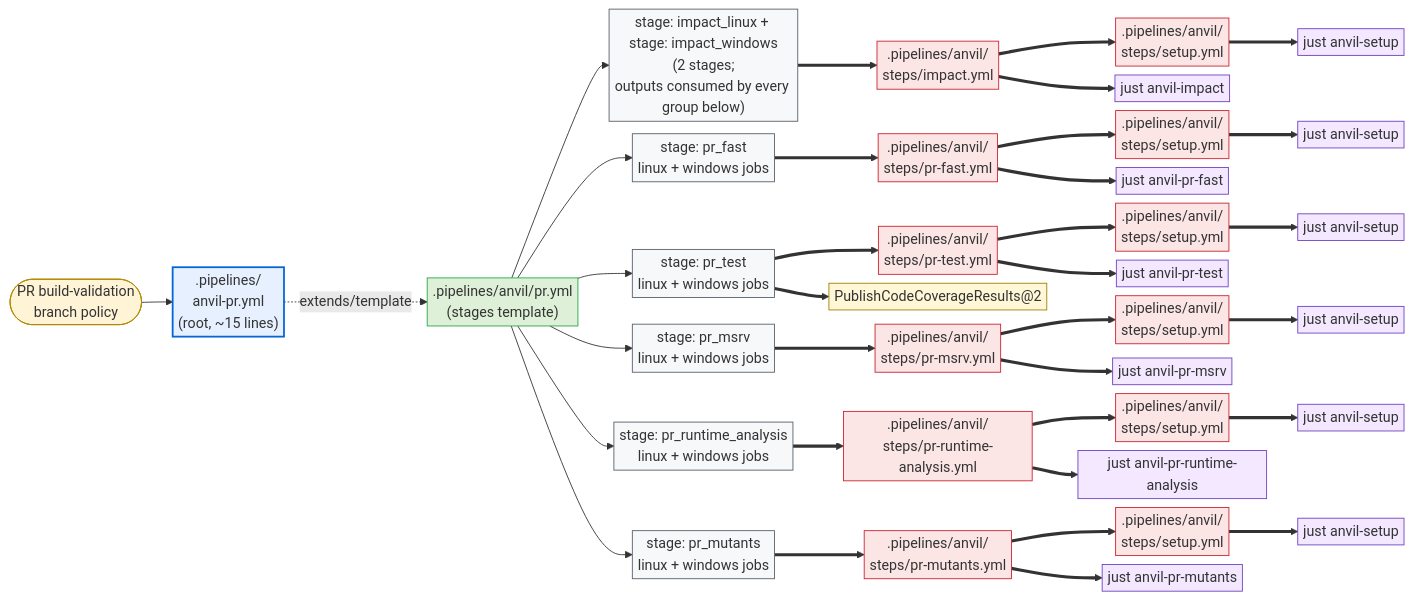
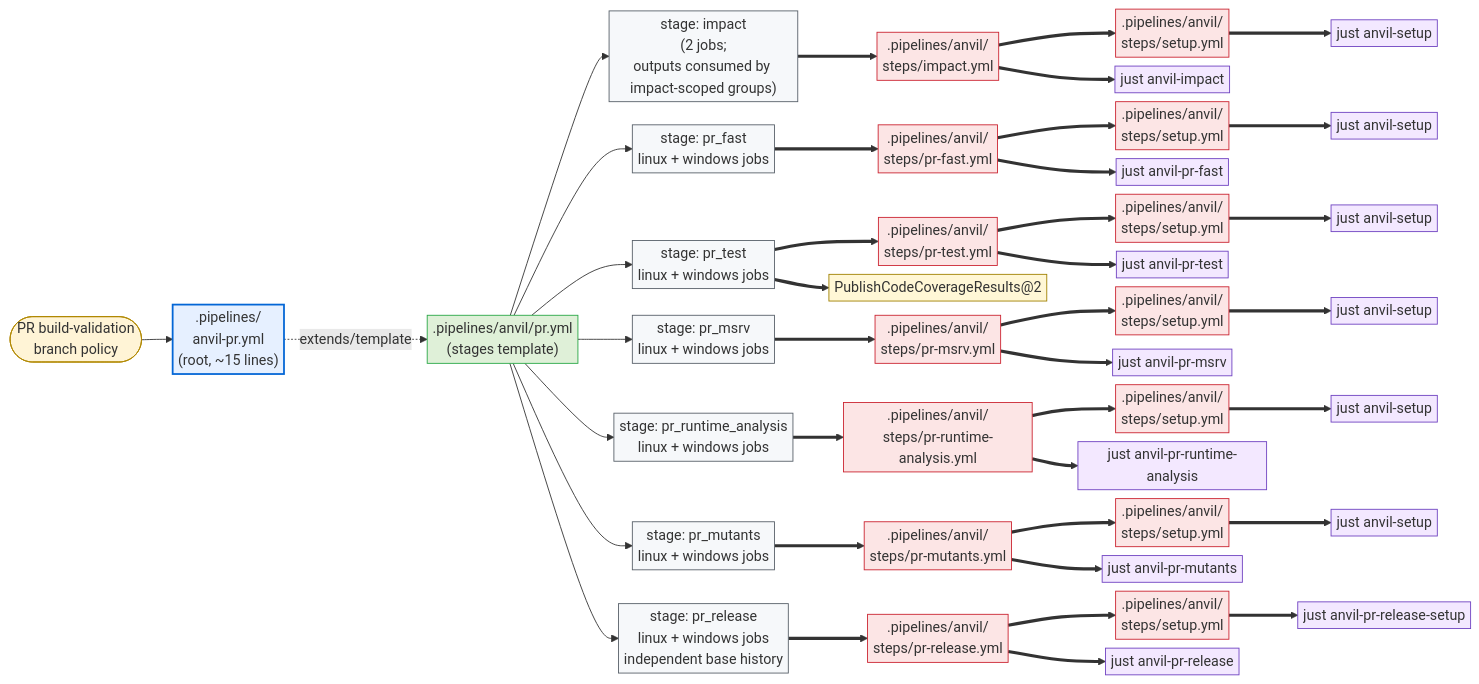
The first of 2 diagrams in crates/cargo-anvil/docs/design/ado.md (microsoft/ox-tools), drawn with Mermaid before and after one commit. The commit also changed other lines of this file and 51 other files, not shown here.

First line of the commit message:
feat: add cargo-release-guard and Anvil release checks

```diff
--- a/crates/cargo-anvil/docs/design/ado.md
+++ b/crates/cargo-anvil/docs/design/ado.md
@@ -47,12 +47,13 @@
     pr_evt([PR build-validation<br/>branch policy]):::trigger
     pr_root[".pipelines/<br/>anvil-pr.yml<br/>(root, ~15 lines)"]:::root
     pr_stages[".pipelines/anvil/pr.yml<br/>(stages template)"]:::impl
-    impact_s["stage: impact_linux + stage: impact_windows<br/>(2 stages;<br/>outputs consumed by every group below)"]:::stage
+    impact_s["stage: impact<br/>(2 jobs;<br/>outputs consumed by impact-scoped groups)"]:::stage
     pr_fast_s["stage: pr_fast<br/>linux + windows jobs"]:::stage
     pr_test_s["stage: pr_test<br/>linux + windows jobs"]:::stage
     pr_msrv_s["stage: pr_msrv<br/>linux + windows jobs"]:::stage
     pr_runtime_analysis_s["stage: pr_runtime_analysis<br/>linux + windows jobs"]:::stage
     pr_mutants_s["stage: pr_mutants<br/>linux + windows jobs"]:::stage
+    pr_release_s["stage: pr_release<br/>linux + windows jobs<br/>independent base history"]:::stage
     impact_step[".pipelines/anvil/<br/>steps/impact.yml"]:::step
     impact_setup[".pipelines/anvil/<br/>steps/setup.yml"]:::step
     fast_setup[".pipelines/anvil/<br/>steps/setup.yml"]:::step
@@ -60,11 +61,13 @@
     msrv_setup[".pipelines/anvil/<br/>steps/setup.yml"]:::step
     runtime_setup[".pipelines/anvil/<br/>steps/setup.yml"]:::step
     mutants_setup[".pipelines/anvil/<br/>steps/setup.yml"]:::step
+    release_setup[".pipelines/anvil/<br/>steps/setup.yml"]:::step
     fast_step[".pipelines/anvil/<br/>steps/pr-fast.yml"]:::step
     test_step[".pipelines/anvil/<br/>steps/pr-test.yml"]:::step
     msrv_step[".pipelines/anvil/<br/>steps/pr-msrv.yml"]:::step
     runtime_step[".pipelines/anvil/<br/>steps/pr-runtime-analysis.yml"]:::step
     mutants_step[".pipelines/anvil/<br/>steps/pr-mutants.yml"]:::step
+    release_step[".pipelines/anvil/<br/>steps/pr-release.yml"]:::step
     publish_coverage["PublishCodeCoverageResults@2"]:::external
     fast_just["just anvil-pr-fast"]:::recipe
     fast_setup_just["just anvil-setup"]:::recipe
@@ -78,6 +81,8 @@
     runtime_setup_just["just anvil-setup"]:::recipe
     mutants_just["just anvil-pr-mutants"]:::recipe
     mutants_setup_just["just anvil-setup"]:::recipe
+    release_just["just anvil-pr-release"]:::recipe
+    release_setup_just["just anvil-pr-release-setup"]:::recipe
 
     pr_evt --> pr_root
     pr_root -. extends/template .-> pr_stages
@@ -87,6 +92,7 @@
     pr_stages --> pr_msrv_s
     pr_stages --> pr_runtime_analysis_s
     pr_stages --> pr_mutants_s
+    pr_stages --> pr_release_s
 
     impact_s ==> impact_step
     pr_fast_s ==> fast_step
@@ -95,6 +101,7 @@
     pr_test_s ==> publish_coverage
     pr_runtime_analysis_s ==> runtime_step
     pr_mutants_s ==> mutants_step
+    pr_release_s ==> release_step
 
     impact_step ==> impact_setup
     impact_step ==> impact_just
@@ -108,6 +115,8 @@
     runtime_step ==> runtime_just
     mutants_step ==> mutants_setup
     mutants_step ==> mutants_just
+    release_step ==> release_setup
+    release_step ==> release_just
 
     impact_setup ==> impact_setup_just
     fast_setup ==> fast_setup_just
@@ -115,6 +124,7 @@
     msrv_setup ==> msrv_setup_just
     runtime_setup ==> runtime_setup_just
     mutants_setup ==> mutants_setup_just
+    release_setup ==> release_setup_just
 
     classDef trigger fill:#fff4d6,stroke:#b08800,stroke-width:1px;
     classDef root fill:#e6f0ff,stroke:#0366d6,stroke-width:2px;
```
